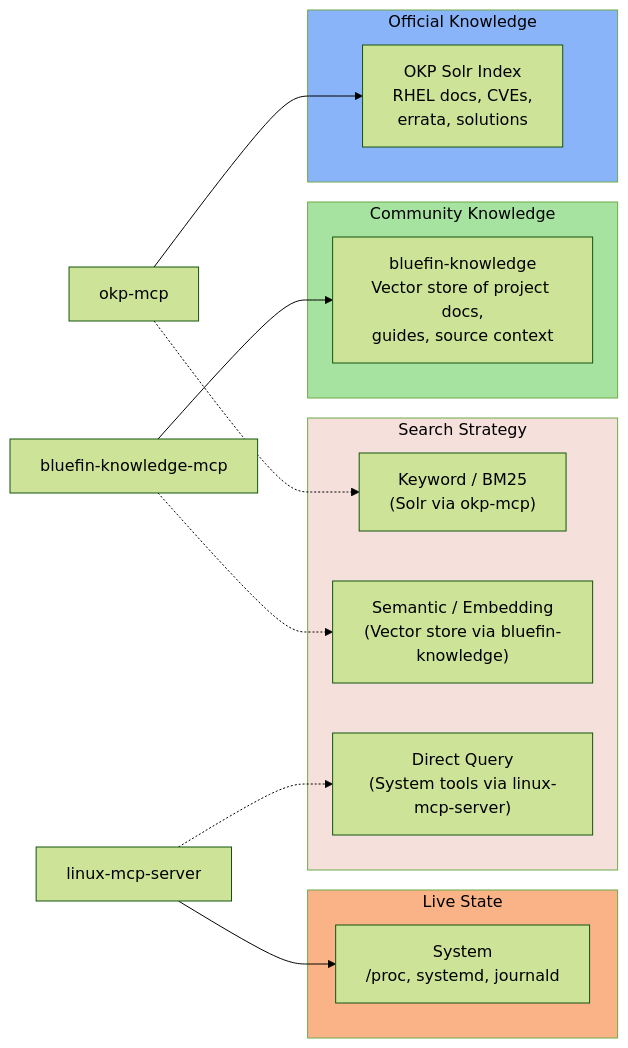
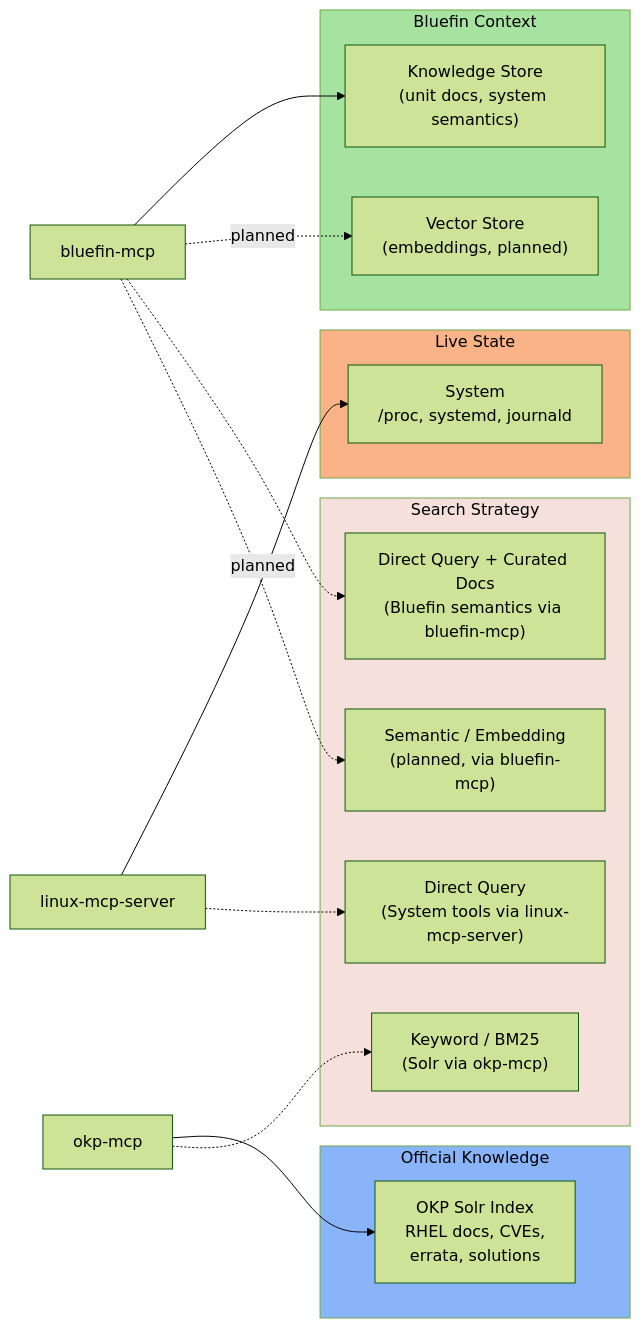
Before and after one commit to projectbluefin/common: the third of 19 diagrams in specs/00-bluespeed-specification.md, drawn with Mermaid (forest theme). The commit also changed other lines of this file, not shown here.

First line of the commit message:
spec: Integrate bluefin-mcp as first-class component, consolidate knowledge layer (v0.2)

````diff
--- a/specs/00-bluespeed-specification.md
+++ b/specs/00-bluespeed-specification.md
@@ -259,33 +307,37 @@
 ```mermaid
 graph LR
     subgraph Live["Live State"]
         SYS["System<br/>/proc, systemd, journald"]
     end
 
     subgraph Official["Official Knowledge"]
         SOLR["OKP Solr Index<br/>RHEL docs, CVEs,<br/>errata, solutions"]
     end
 
-    subgraph Community["Community Knowledge"]
-        BFK["bluefin-knowledge<br/>Vector store of project docs,<br/>guides, source context"]
+    subgraph Bluefin["Bluefin Context"]
+        KS["Knowledge Store<br/>(unit docs, system semantics)"]
+        VS["Vector Store<br/>(embeddings, planned)"]
     end
 
     LMS["linux-mcp-server"] --> SYS
     OKP["okp-mcp"] --> SOLR
-    BFKS["bluefin-knowledge-mcp"] --> BFK
+    BFMCP["bluefin-mcp"] --> KS
+    BFMCP -.->|planned| VS
 
     subgraph Search["Search Strategy"]
+        LIVE["Direct Query<br/>(System tools via linux-mcp-server)"]
+        BFSEM["Direct Query + Curated Docs<br/>(Bluefin semantics via bluefin-mcp)"]
         KW["Keyword / BM25<br/>(Solr via okp-mcp)"]
-        SEM["Semantic / Embedding<br/>(Vector store via bluefin-knowledge)"]
-        LIVE["Direct Query<br/>(System tools via linux-mcp-server)"]
+        SEM["Semantic / Embedding<br/>(planned, via bluefin-mcp)"]
     end
 
+    LMS -.-> LIVE
+    BFMCP -.-> BFSEM
     OKP -.-> KW
-    BFKS -.-> SEM
-    LMS -.-> LIVE
+    BFMCP -.->|planned| SEM
 
     style Live fill:#fab387,color:#000
     style Official fill:#89b4fa,color:#000
-    style Community fill:#a6e3a1,color:#000
+    style Bluefin fill:#a6e3a1,color:#000
     style Search fill:#f5e0dc,color:#000
 ```
````
